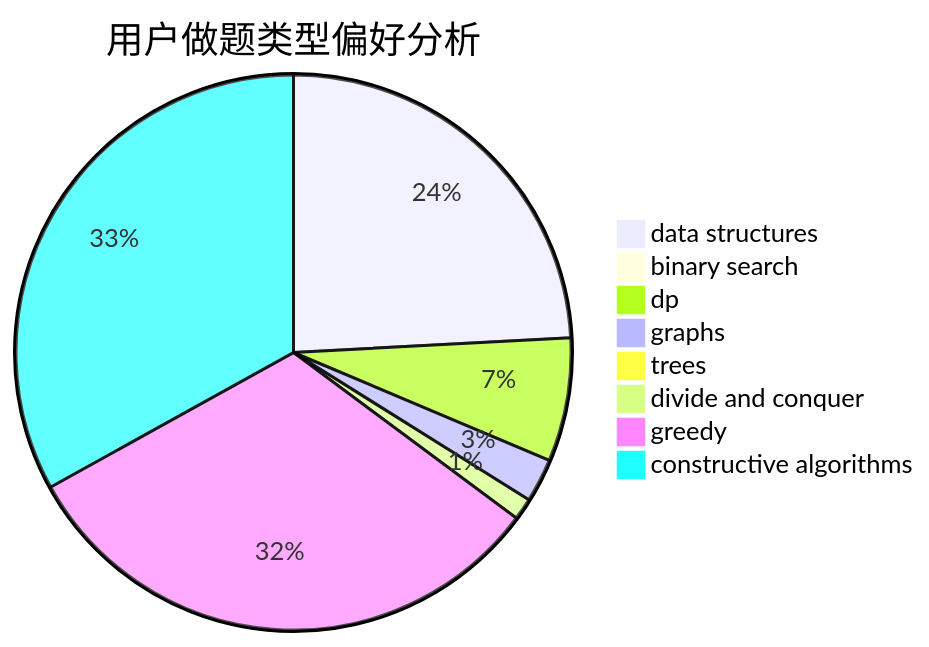
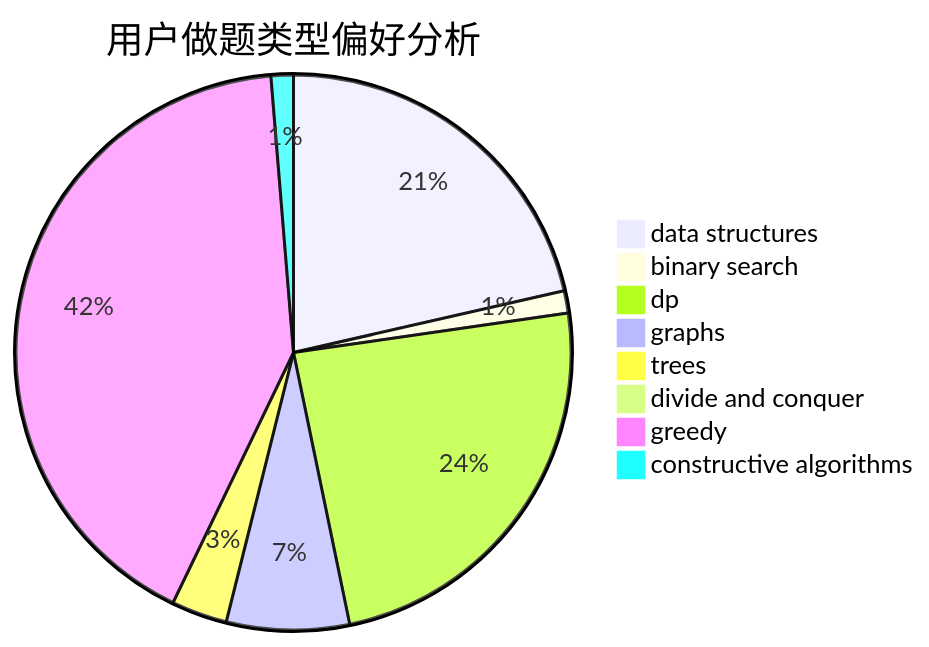
The second of 3 diagrams in docs/user/u701.md (sherpahu/cfrs.github.io), drawn with Mermaid before and after one commit. The commit also changed other lines of this file and 2770 other files, not shown here.

````diff
--- a/docs/user/u701.md
+++ b/docs/user/u701.md
@@ -23,11 +23,11 @@
 ```mermaid
 pie title 用户做题类型偏好分析
-    "data structures" :  57
-    "binary search" :  1
-    "dp" :  17
-    "graphs" :  6
-    "trees" :  0
-    "divide and conquer" :  3
-    "greedy" :  75
-    "constructive algorithms" :  78
+    "data structures" :  33
+    "binary search" :  2
+    "dp" :  37
+    "graphs" :  11
+    "trees" :  5
+    "divide and conquer" :  0
+    "greedy" :  64
+    "constructive algorithms" :  2
 ```
````
